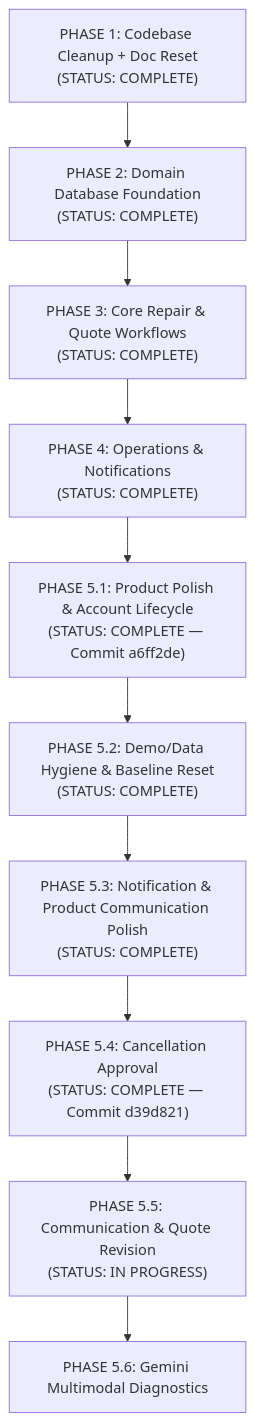
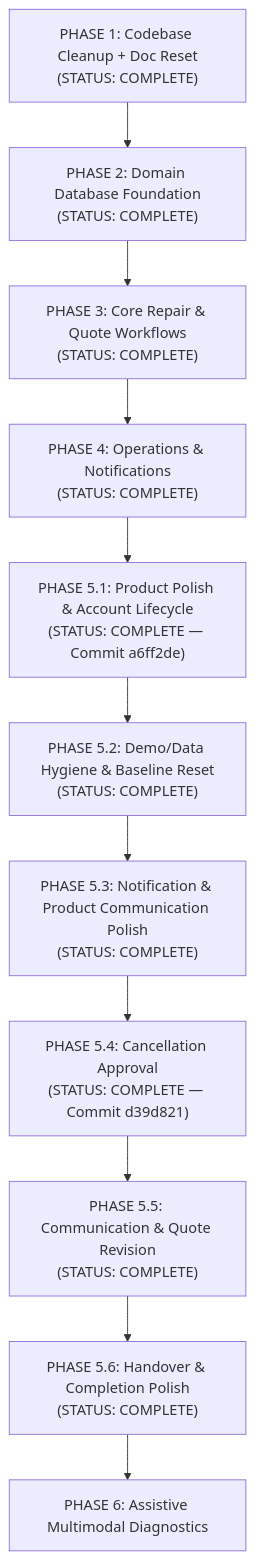
Before and after one commit to ankitchamke/TerraByte: the diagram in IMPLEMENTATION_PLAN.md, drawn with Mermaid. The commit also changed other lines of this file and 10 other files, not shown here.

Commit message:
feat: complete phase 5 product polish

````diff
--- a/IMPLEMENTATION_PLAN.md
+++ b/IMPLEMENTATION_PLAN.md
@@ -15,12 +15,13 @@
 ```mermaid
 flowchart TD
     P1["PHASE 1: Codebase Cleanup + Doc Reset<br/>(STATUS: COMPLETE)"] --> P2["PHASE 2: Domain Database Foundation<br/>(STATUS: COMPLETE)"]
     P2 --> P3["PHASE 3: Core Repair & Quote Workflows<br/>(STATUS: COMPLETE)"]
     P3 --> P4["PHASE 4: Operations & Notifications<br/>(STATUS: COMPLETE)"]
     P4 --> P51["PHASE 5.1: Product Polish & Account Lifecycle<br/>(STATUS: COMPLETE — Commit a6ff2de)"]
     P51 --> P52["PHASE 5.2: Demo/Data Hygiene & Baseline Reset<br/>(STATUS: COMPLETE)"]
     P52 --> P53["PHASE 5.3: Notification & Product Communication Polish<br/>(STATUS: COMPLETE)"]
     P53 --> P54["PHASE 5.4: Cancellation Approval<br/>(STATUS: COMPLETE — Commit d39d821)"]
-    P54 --> P55["PHASE 5.5: Communication & Quote Revision<br/>(STATUS: IN PROGRESS)"]
-    P55 --> P56["PHASE 5.6: Gemini Multimodal Diagnostics"]
+    P54 --> P55["PHASE 5.5: Communication & Quote Revision<br/>(STATUS: COMPLETE)"]
+    P55 --> P56["PHASE 5.6: Handover & Completion Polish<br/>(STATUS: COMPLETE)"]
+    P56 --> P6["PHASE 6: Assistive Multimodal Diagnostics"]
 ```
````
